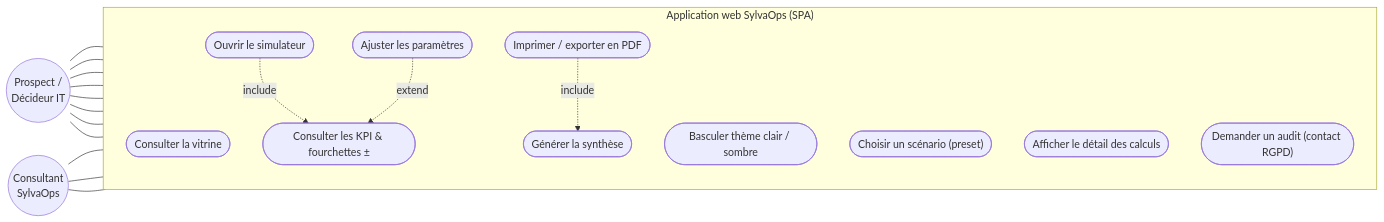
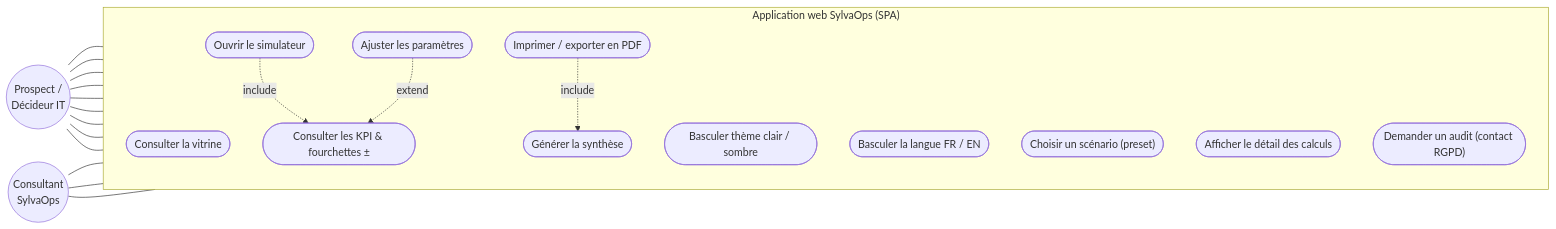
One commit to rambobo11/sylvaops changed the first of 4 diagrams in vf/DIAGRAMMES_UML.md. Above: the diagram before and after it, drawn with Mermaid. The commit also changed other lines of this file and 6 other files, not shown here.

````diff
--- a/vf/DIAGRAMMES_UML.md
+++ b/vf/DIAGRAMMES_UML.md
@@ -14,35 +14,37 @@
 ```mermaid
 flowchart LR
   prospect(("Prospect /<br/>Décideur IT"))
   consultant(("Consultant<br/>SylvaOps"))
 
   subgraph S["Application web SylvaOps (SPA)"]
     direction TB
     uc1(["Consulter la vitrine"])
     uc2(["Basculer thème clair / sombre"])
+    uc2b(["Basculer la langue FR / EN"])
     uc3(["Ouvrir le simulateur"])
     uc4(["Choisir un scénario (preset)"])
     uc5(["Ajuster les paramètres"])
     uc6(["Consulter les KPI &amp; fourchettes ±"])
     uc7(["Afficher le détail des calculs"])
     uc8(["Générer la synthèse"])
     uc9(["Imprimer / exporter en PDF"])
     uc10(["Demander un audit (contact RGPD)"])
   end
 
   prospect --- uc1
   prospect --- uc2
+  prospect --- uc2b
   prospect --- uc3
   prospect --- uc4
   prospect --- uc5
   prospect --- uc6
   prospect --- uc7
   prospect --- uc10
   consultant --- uc4
   consultant --- uc8
   consultant --- uc9
 
   uc3 -. include .-> uc6
   uc9 -. include .-> uc8
   uc5 -. extend .-> uc6
 ```
````
